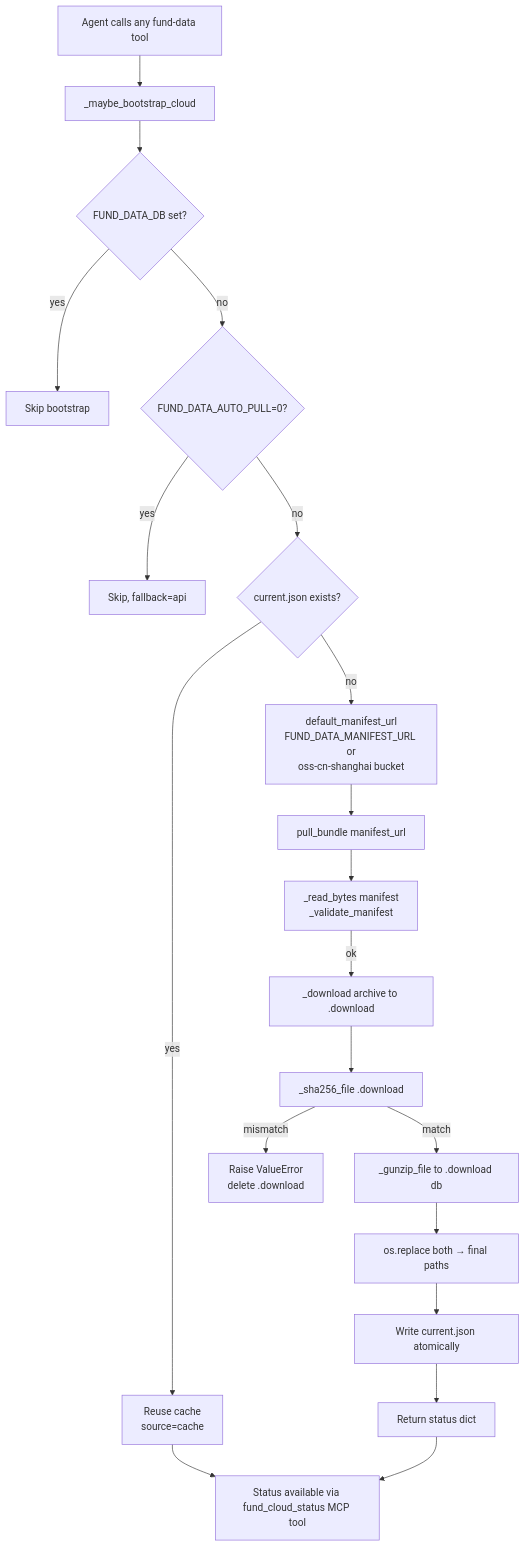
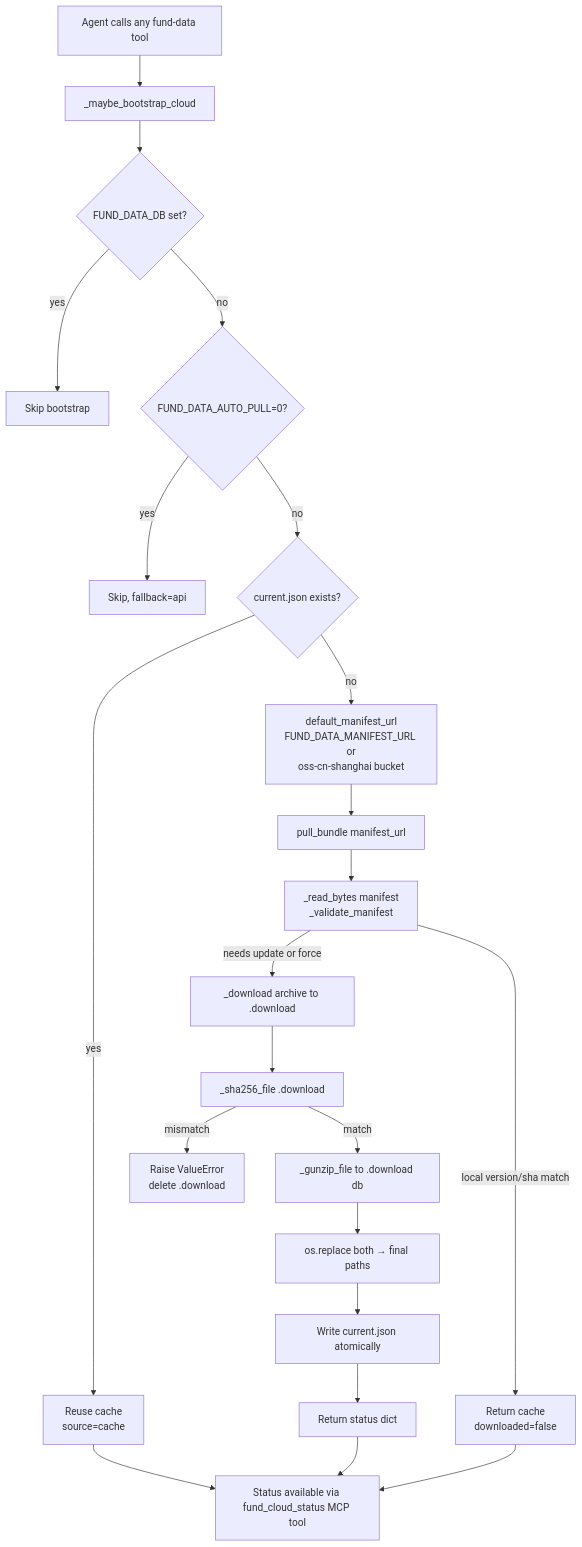
Before and after one commit to GoldAnTo/fund-data: the second of 2 diagrams in docs/agent-flows/fund-cloud-bundle-pipeline.md, drawn with Mermaid. The commit also changed other lines of this file and 9 other files, not shown here.

First line of the commit message:
docs: update agent flows + cloud bundle docs after completion refactor

````diff
--- a/docs/agent-flows/fund-cloud-bundle-pipeline.md
+++ b/docs/agent-flows/fund-cloud-bundle-pipeline.md
@@ -51,23 +51,25 @@
 ```mermaid
 flowchart TD
     C1[Agent calls any fund-data tool] --> C2[_maybe_bootstrap_cloud]
     C2 --> C3{FUND_DATA_DB set?}
     C3 -- yes --> C4[Skip bootstrap]
     C3 -- no  --> C5{FUND_DATA_AUTO_PULL=0?}
     C5 -- yes --> C6[Skip, fallback=api]
     C5 -- no  --> C7{current.json exists?}
     C7 -- yes --> C8[Reuse cache<br/>source=cache]
     C7 -- no  --> C9[default_manifest_url<br/>FUND_DATA_MANIFEST_URL or<br/>oss-cn-shanghai bucket]
     C9 --> C10[pull_bundle manifest_url]
     C10 --> C11[_read_bytes manifest<br/>_validate_manifest]
-    C11 -- ok --> C12[_download archive to .download]
+    C11 -- local version/sha match --> C19[Return cache<br/>downloaded=false]
+    C11 -- needs update or force --> C12[_download archive to .download]
     C12 --> C13[_sha256_file .download]
     C13 -- match --> C14[_gunzip_file to .download db]
     C14 --> C15[os.replace both → final paths]
     C15 --> C16[Write current.json atomically]
     C16 --> C17[Return status dict]
     C13 -- mismatch --> C18[Raise ValueError<br/>delete .download]
 
     C8 --> S1[Status available via fund_cloud_status MCP tool]
     C17 --> S1
+    C19 --> S1
 ```
````
